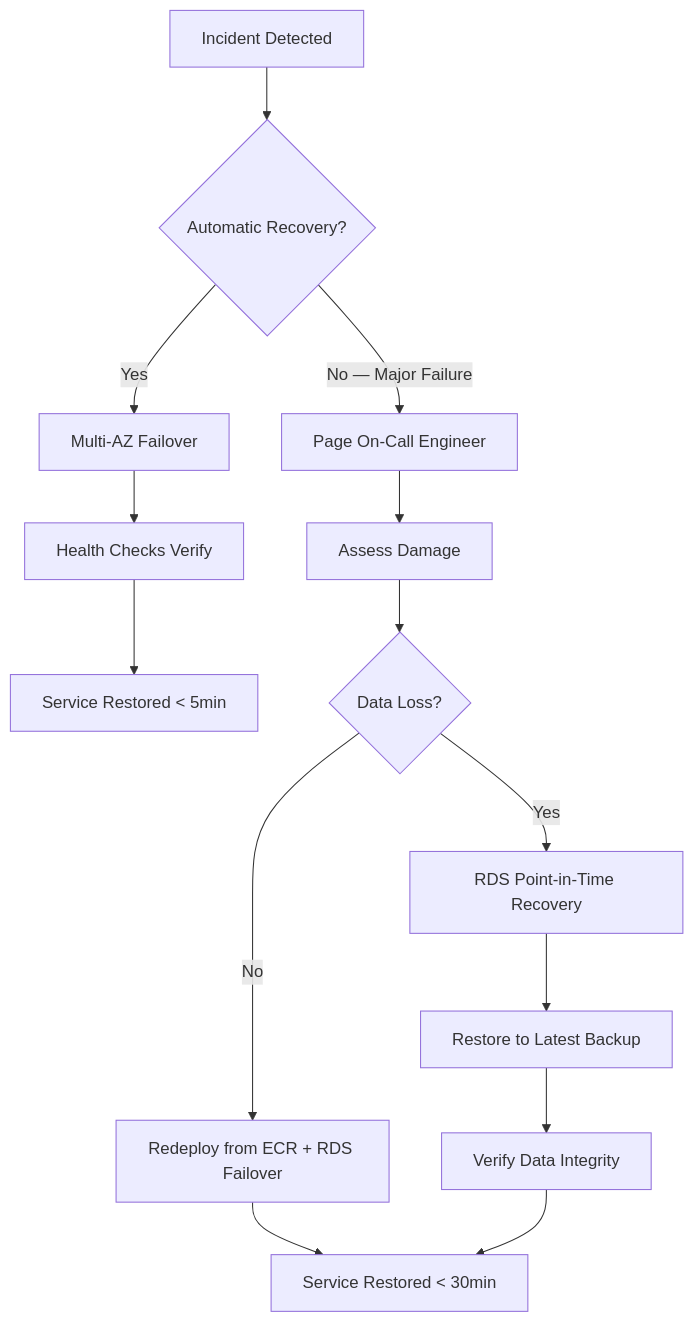
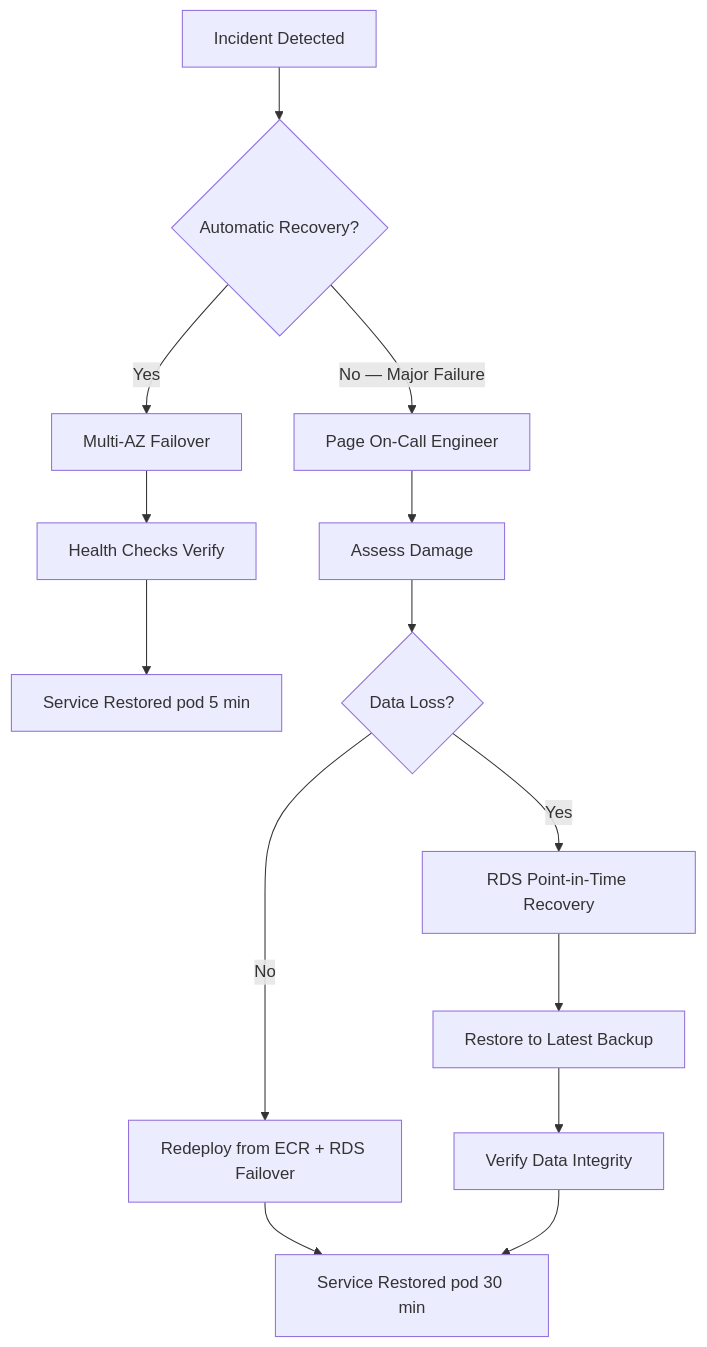
Before and after one commit to Zedd93/Padel-Vision: the third of 8 diagrams in README.md, drawn with Mermaid. The commit also changed other lines of this file, not shown here.

First line of the commit message:
Fix Mermaid diagrams rendering on GitHub

````diff
--- a/README.md
+++ b/README.md
@@ -471,17 +457,17 @@
 ```mermaid
 flowchart TD
     A[Incident Detected] --> B{Automatic Recovery?}
     B -->|Yes| C[Multi-AZ Failover]
     C --> D[Health Checks Verify]
-    D --> E[Service Restored < 5min]
+    D --> E[Service Restored pod 5 min]
 
     B -->|No — Major Failure| F[Page On-Call Engineer]
     F --> G[Assess Damage]
     G --> H{Data Loss?}
     H -->|No| I[Redeploy from ECR + RDS Failover]
     H -->|Yes| J[RDS Point-in-Time Recovery]
     J --> K[Restore to Latest Backup]
     K --> L[Verify Data Integrity]
-    I --> M[Service Restored < 30min]
+    I --> M[Service Restored pod 30 min]
     L --> M
 ```
````
